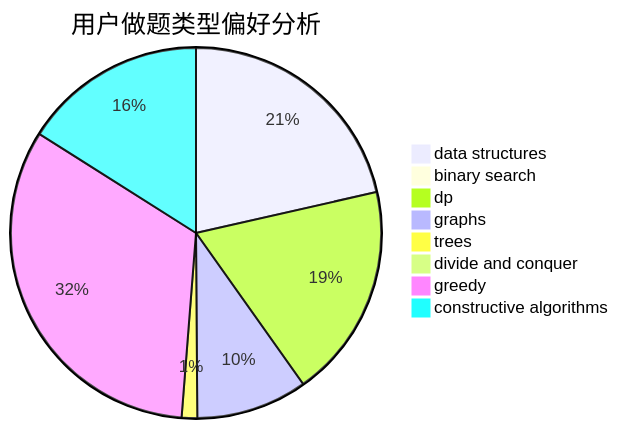
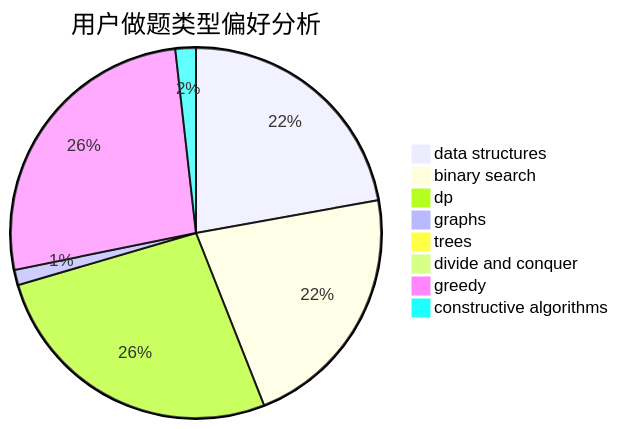
Before and after one commit to sherpahu/cfrs.github.io: the second of 3 diagrams in docs/user/u576.md, drawn with Mermaid. The commit also changed other lines of this file and 2770 other files, not shown here.

````diff
--- a/docs/user/u576.md
+++ b/docs/user/u576.md
@@ -23,11 +23,11 @@
 ```mermaid
 pie title 用户做题类型偏好分析
-    "data structures" :  95
-    "binary search" :  4
-    "dp" :  83
-    "graphs" :  43
-    "trees" :  6
-    "divide and conquer" :  0
-    "greedy" :  145
-    "constructive algorithms" :  71
+    "data structures" :  433
+    "binary search" :  427
+    "dp" :  517
+    "graphs" :  26
+    "trees" :  13
+    "divide and conquer" :  8
+    "greedy" :  516
+    "constructive algorithms" :  35
 ```
````
